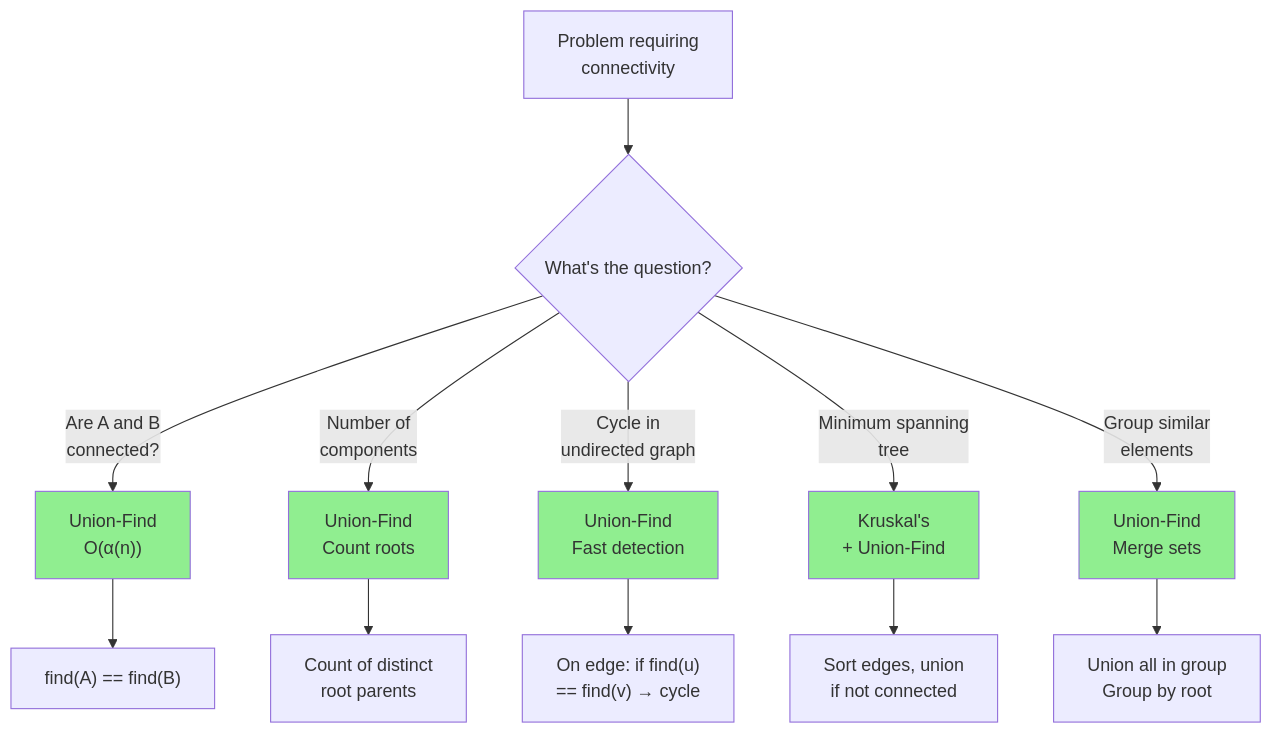
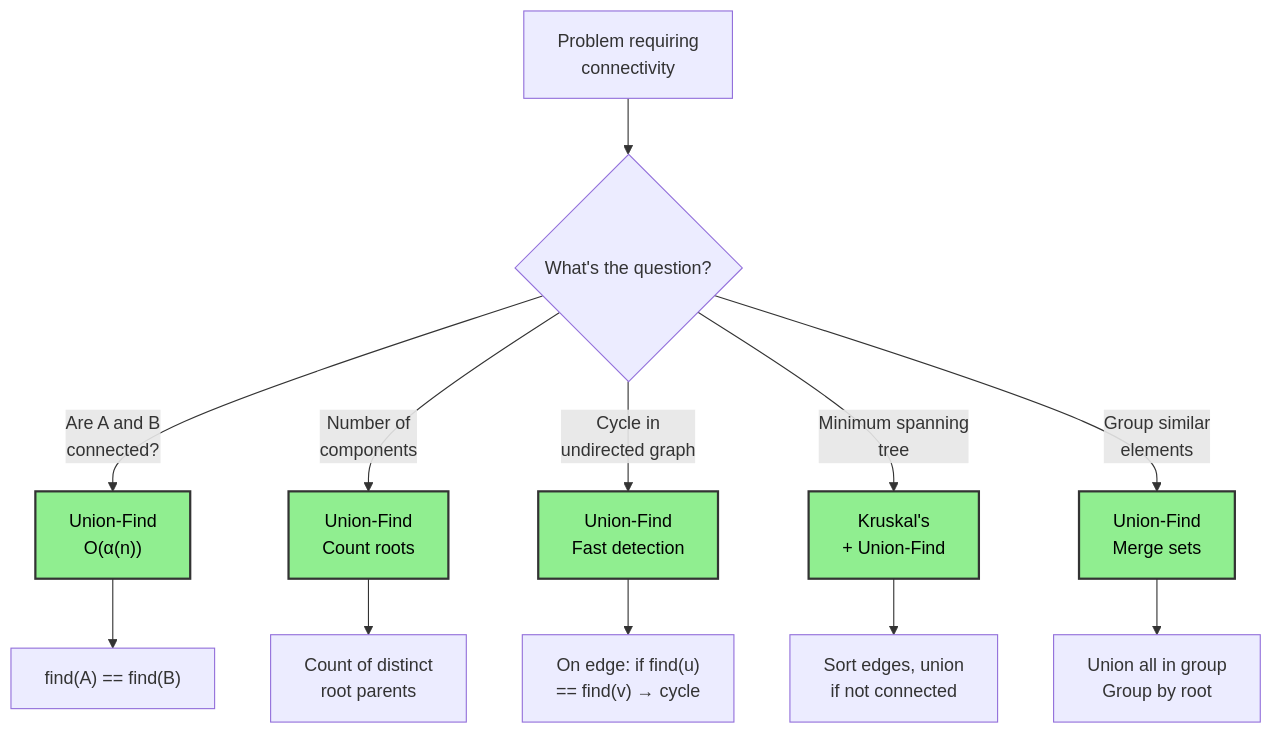
The first of 4 diagrams in docs/advanced/union_find.md (souradeepta/interviewprep), drawn with Mermaid before and after one commit. The commit also changed other lines of this file and 31 other files, not shown here.

Commit message:
updated graphs

````diff
--- a/docs/advanced/union_find.md
+++ b/docs/advanced/union_find.md
@@ -21,22 +21,22 @@
 ```mermaid
 graph TD
     A["Problem requiring<br/>connectivity"] --> B{"What's the question?"}
     
     B -->|Are A and B<br/>connected?| C["Union-Find<br/>O(α(n))"]
     B -->|Number of<br/>components| D["Union-Find<br/>Count roots"]
     B -->|Cycle in<br/>undirected graph| E["Union-Find<br/>Fast detection"]
     B -->|Minimum spanning<br/>tree| F["Kruskal's<br/>+ Union-Find"]
     B -->|Group similar<br/>elements| G["Union-Find<br/>Merge sets"]
     
     C --> H["find(A) == find(B)"]
     D --> I["Count of distinct<br/>root parents"]
     E --> J["On edge: if find(u)<br/>== find(v) → cycle"]
     F --> K["Sort edges, union<br/>if not connected"]
     G --> L["Union all in group<br/>Group by root"]
     
-    style C fill:#90EE90
-    style D fill:#90EE90
-    style E fill:#90EE90
-    style F fill:#90EE90
-    style G fill:#90EE90
+    style C fill:#90ee90,color:#000,stroke:#333,stroke-width:2px
+    style D fill:#90ee90,color:#000,stroke:#333,stroke-width:2px
+    style E fill:#90ee90,color:#000,stroke:#333,stroke-width:2px
+    style F fill:#90ee90,color:#000,stroke:#333,stroke-width:2px
+    style G fill:#90ee90,color:#000,stroke:#333,stroke-width:2px
 ```
````
